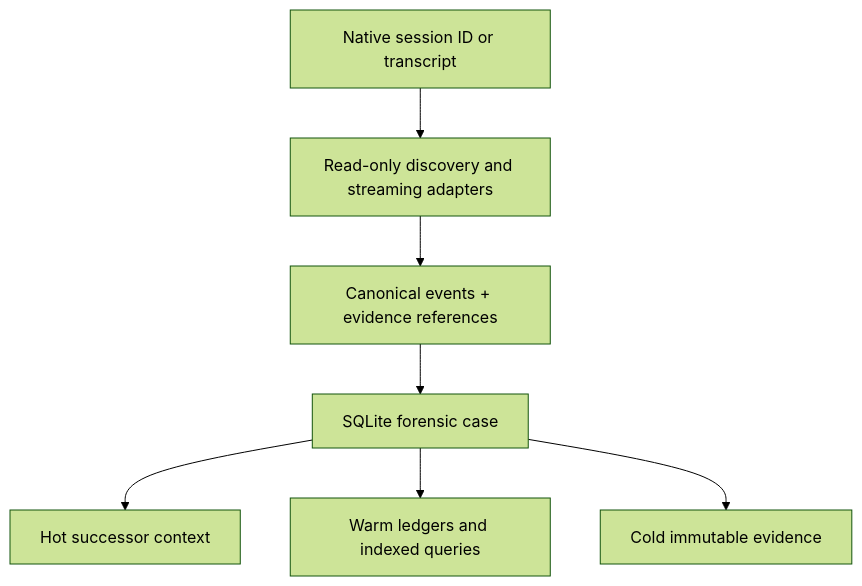
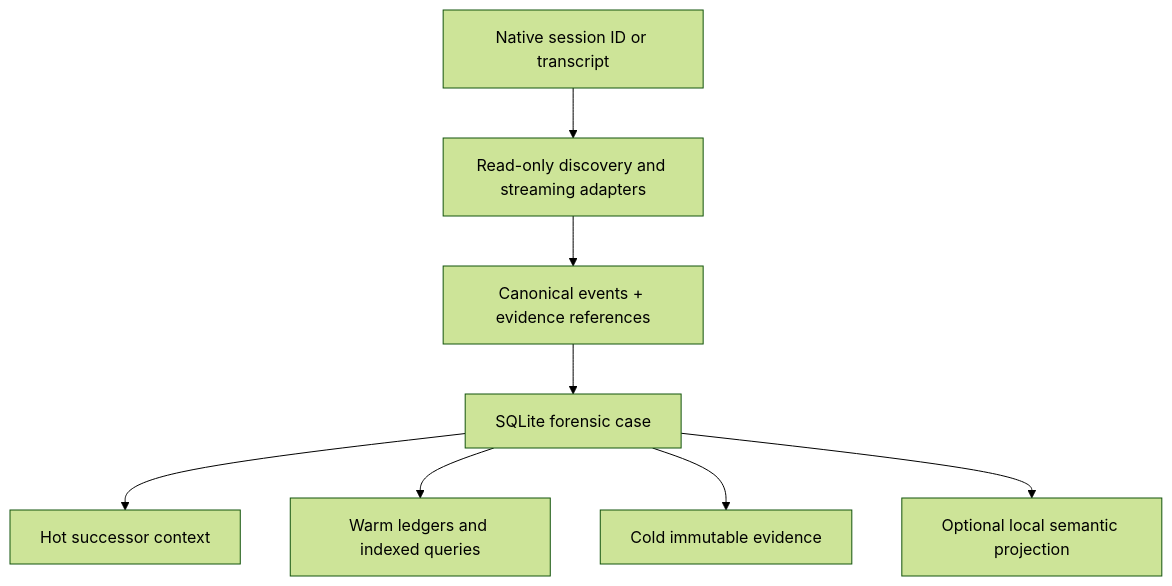
One commit to Balthurk/agent-forensic-handoff changed the diagram in README.md. Above: the diagram before and after it, drawn with Mermaid (forest theme). The commit also changed other lines of this file and 39 other files, not shown here.

````diff
--- a/README.md
+++ b/README.md
@@ -26,9 +28,10 @@
 ```mermaid
 flowchart TD
     A["Native session ID or transcript"] --> B["Read-only discovery and streaming adapters"]
     B --> C["Canonical events + evidence references"]
     C --> D["SQLite forensic case"]
     D --> E["Hot successor context"]
     D --> F["Warm ledgers and indexed queries"]
     D --> G["Cold immutable evidence"]
+    D --> I["Optional local semantic projection"]
 ```
````
